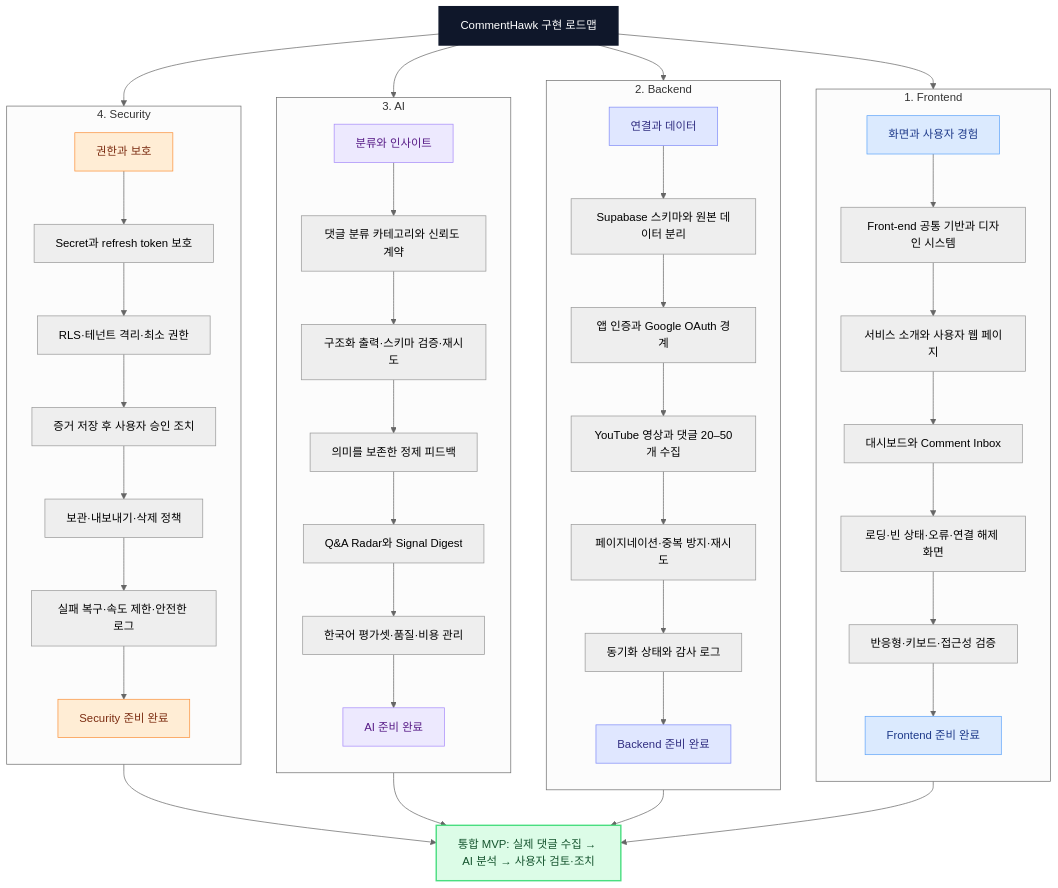
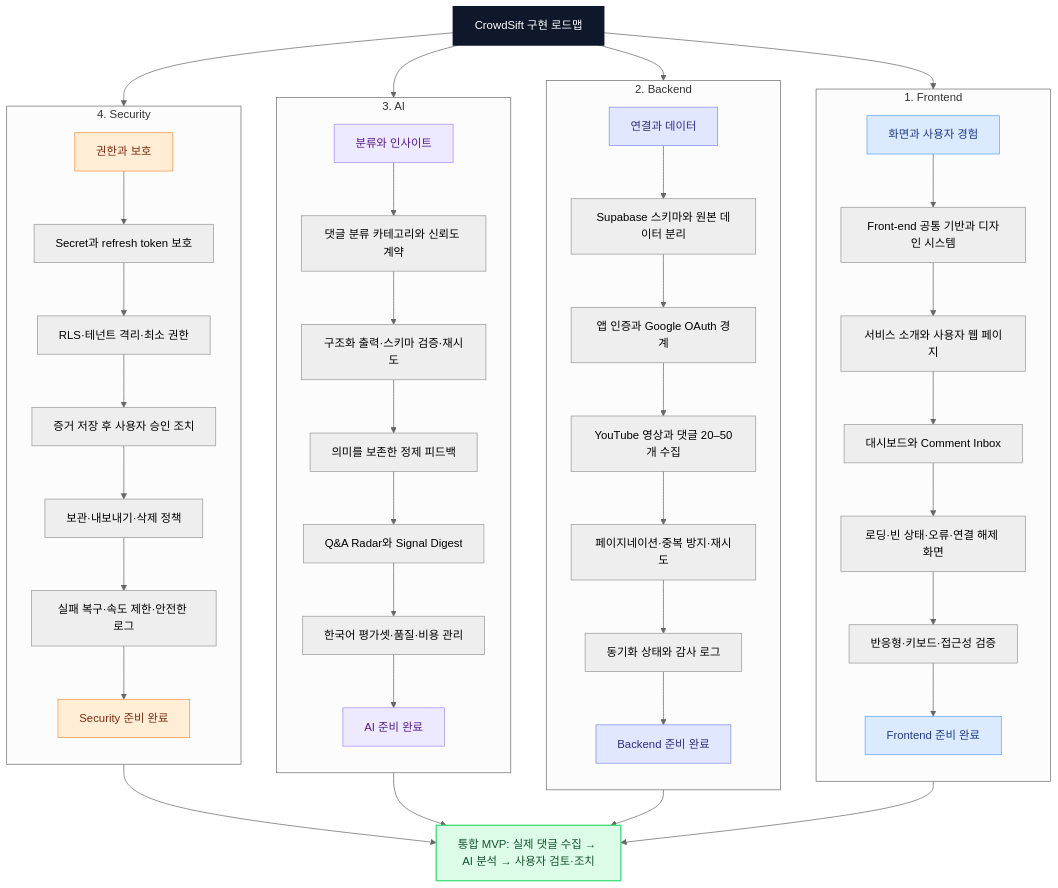
Before and after one commit to junyoung-code/CrowdSift: the diagram in docs/development-roadmap.md, drawn with Mermaid (neutral theme). The commit also changed other lines of this file and 97 other files, not shown here.

Commit message:
feat: complete CrowdSift rebrand and inbox workspace

````diff
--- a/docs/development-roadmap.md
+++ b/docs/development-roadmap.md
@@ -5,76 +5,76 @@
 ```mermaid
 flowchart TD
-    ROOT["CommentHawk 구현 로드맵"]
+    ROOT["CrowdSift 구현 로드맵"]
     MVP["통합 MVP: 실제 댓글 수집 → AI 분석 → 사용자 검토·조치"]
 
     subgraph FRONTEND["1. Frontend"]
         direction TB
         F0["화면과 사용자 경험"]
         F1["Front-end 공통 기반과 디자인 시스템"]
         F2["서비스 소개와 사용자 웹 페이지"]
         F3["대시보드와 Comment Inbox"]
         F4["로딩·빈 상태·오류·연결 해제 화면"]
         F5["반응형·키보드·접근성 검증"]
         FD["Frontend 준비 완료"]
         F0 --> F1 --> F2 --> F3 --> F4 --> F5 --> FD
     end
 
     subgraph BACKEND["2. Backend"]
         direction TB
         B0["연결과 데이터"]
         B1["Supabase 스키마와 원본 데이터 분리"]
         B2["앱 인증과 Google OAuth 경계"]
         B3["YouTube 영상과 댓글 20–50개 수집"]
         B4["페이지네이션·중복 방지·재시도"]
         B5["동기화 상태와 감사 로그"]
         BD["Backend 준비 완료"]
         B0 --> B1 --> B2 --> B3 --> B4 --> B5 --> BD
     end
 
     subgraph AI["3. AI"]
         direction TB
         A0["분류와 인사이트"]
         A1["댓글 분류 카테고리와 신뢰도 계약"]
         A2["구조화 출력·스키마 검증·재시도"]
         A3["의미를 보존한 정제 피드백"]
         A4["Q&A Radar와 Signal Digest"]
         A5["한국어 평가셋·품질·비용 관리"]
         AD["AI 준비 완료"]
         A0 --> A1 --> A2 --> A3 --> A4 --> A5 --> AD
     end
 
     subgraph SECURITY["4. Security"]
         direction TB
         S0["권한과 보호"]
         S1["Secret과 refresh token 보호"]
         S2["RLS·테넌트 격리·최소 권한"]
         S3["증거 저장 후 사용자 승인 조치"]
         S4["보관·내보내기·삭제 정책"]
         S5["실패 복구·속도 제한·안전한 로그"]
         SD["Security 준비 완료"]
         S0 --> S1 --> S2 --> S3 --> S4 --> S5 --> SD
     end
 
     ROOT --> F0
     ROOT --> B0
     ROOT --> A0
     ROOT --> S0
     FD --> MVP
     BD --> MVP
     AD --> MVP
     SD --> MVP
 
     classDef roadmap fill:#0f172a,color:#ffffff,stroke:#0f172a,stroke-width:2px
     classDef frontend fill:#dbeafe,color:#1e3a8a,stroke:#60a5fa
     classDef backend fill:#e0e7ff,color:#312e81,stroke:#818cf8
     classDef ai fill:#ede9fe,color:#581c87,stroke:#a78bfa
     classDef security fill:#ffedd5,color:#7c2d12,stroke:#fb923c
     classDef goal fill:#dcfce7,color:#14532d,stroke:#4ade80,stroke-width:2px
 
     class ROOT roadmap
     class F0,FD frontend
     class B0,BD backend
     class A0,AD ai
     class S0,SD security
     class MVP goal
 ```
````
